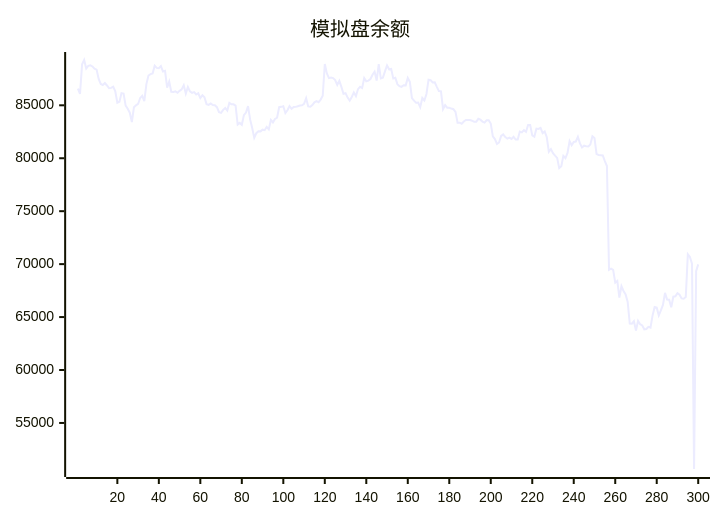
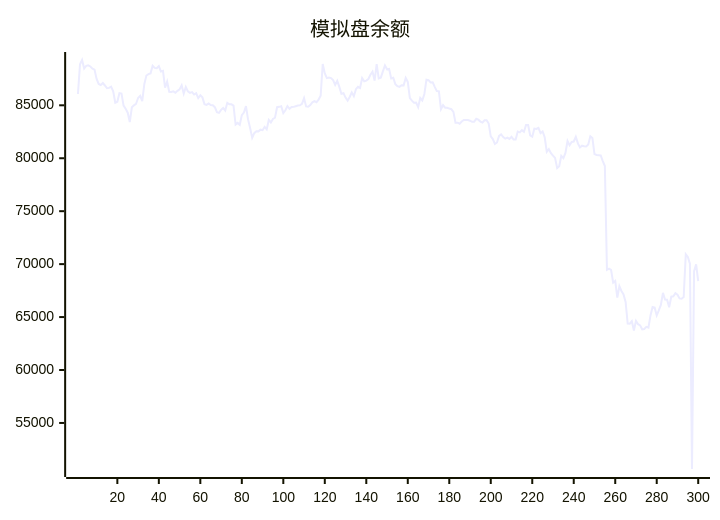
One commit to aahl/ai-trading changed the diagram in README.md. Above: the diagram before and after it, drawn with Mermaid. The commit also changed other lines of this file and 1 other file, not shown here.

````diff
--- a/README.md
+++ b/README.md
@@ -5,5 +5,5 @@
 ```mermaid
 xychart
     title "模拟盘余额"
-    line [86569,86070,88870,89278,88477,88720,88781,88668,88467,88372,87493,87018,86917,87102,86870,86613,86644,86758,86317,85242,85334,86149,86106,84968,84671,84302,83410,84816,85001,85127,85693,85891,85384,87001,87811,87945,88007,88734,88528,88495,88705,88189,88248,86662,87234,86279,86251,86314,86177,86364,86503,86886,86114,86731,86310,86176,86240,86017,86136,85685,85938,85749,85111,85044,85164,85016,85008,84824,84354,84287,84572,84745,84500,85234,85096,85095,84970,83180,83338,83157,84070,84309,84922,83667,82850,81924,82369,82552,82539,82695,82648,82962,82728,83619,83378,83710,83825,84819,84854,84917,84265,84527,84919,84668,84834,84850,84916,84981,85004,85131,85674,84891,84864,85019,85284,85393,85294,85538,85894,88904,88012,87567,87625,87568,87386,86920,87313,86737,86094,86143,85725,85437,85787,86219,85859,86526,86740,86630,87563,87264,87335,87483,87886,88180,87335,88894,87544,87608,88207,88755,88401,88444,87543,87608,87000,86810,86740,86894,86884,87576,87209,85686,85435,85251,85255,84820,85689,85453,86066,87420,87373,87161,87178,86740,86341,86315,84643,85012,84772,84768,84690,84635,84376,83360,83357,83259,83474,83608,83606,83602,83548,83440,83454,83724,83644,83464,83365,83590,83592,83275,82072,81806,81344,81492,82109,82254,82006,81848,81955,81829,82022,81769,81776,82522,82441,82656,82498,83144,83144,82150,82038,82797,82763,82872,82367,82536,81981,80612,80862,80484,80242,80034,79063,79245,80226,80016,80507,81625,81233,81544,81578,82016,81401,81019,81186,81130,81118,81306,82066,81909,80392,80304,80291,80258,79729,79261,69466,69579,69456,68251,68415,66832,67911,67462,67144,66432,64380,64375,64606,63740,64647,64324,64216,63842,63877,64078,64008,65156,65945,65888,65157,65625,66144,67284,66653,66639,65924,66925,66956,67263,67108,66766,66729,66886,70927,70673,70049,50652,69334,69973]
+    line [86070,88870,89278,88477,88720,88781,88668,88467,88372,87493,87018,86917,87102,86870,86613,86644,86758,86317,85242,85334,86149,86106,84968,84671,84302,83410,84816,85001,85127,85693,85891,85384,87001,87811,87945,88007,88734,88528,88495,88705,88189,88248,86662,87234,86279,86251,86314,86177,86364,86503,86886,86114,86731,86310,86176,86240,86017,86136,85685,85938,85749,85111,85044,85164,85016,85008,84824,84354,84287,84572,84745,84500,85234,85096,85095,84970,83180,83338,83157,84070,84309,84922,83667,82850,81924,82369,82552,82539,82695,82648,82962,82728,83619,83378,83710,83825,84819,84854,84917,84265,84527,84919,84668,84834,84850,84916,84981,85004,85131,85674,84891,84864,85019,85284,85393,85294,85538,85894,88904,88012,87567,87625,87568,87386,86920,87313,86737,86094,86143,85725,85437,85787,86219,85859,86526,86740,86630,87563,87264,87335,87483,87886,88180,87335,88894,87544,87608,88207,88755,88401,88444,87543,87608,87000,86810,86740,86894,86884,87576,87209,85686,85435,85251,85255,84820,85689,85453,86066,87420,87373,87161,87178,86740,86341,86315,84643,85012,84772,84768,84690,84635,84376,83360,83357,83259,83474,83608,83606,83602,83548,83440,83454,83724,83644,83464,83365,83590,83592,83275,82072,81806,81344,81492,82109,82254,82006,81848,81955,81829,82022,81769,81776,82522,82441,82656,82498,83144,83144,82150,82038,82797,82763,82872,82367,82536,81981,80612,80862,80484,80242,80034,79063,79245,80226,80016,80507,81625,81233,81544,81578,82016,81401,81019,81186,81130,81118,81306,82066,81909,80392,80304,80291,80258,79729,79261,69466,69579,69456,68251,68415,66832,67911,67462,67144,66432,64380,64375,64606,63740,64647,64324,64216,63842,63877,64078,64008,65156,65945,65888,65157,65625,66144,67284,66653,66639,65924,66925,66956,67263,67108,66766,66729,66886,70927,70673,70049,50652,69334,69973,68400]
 ```
````
